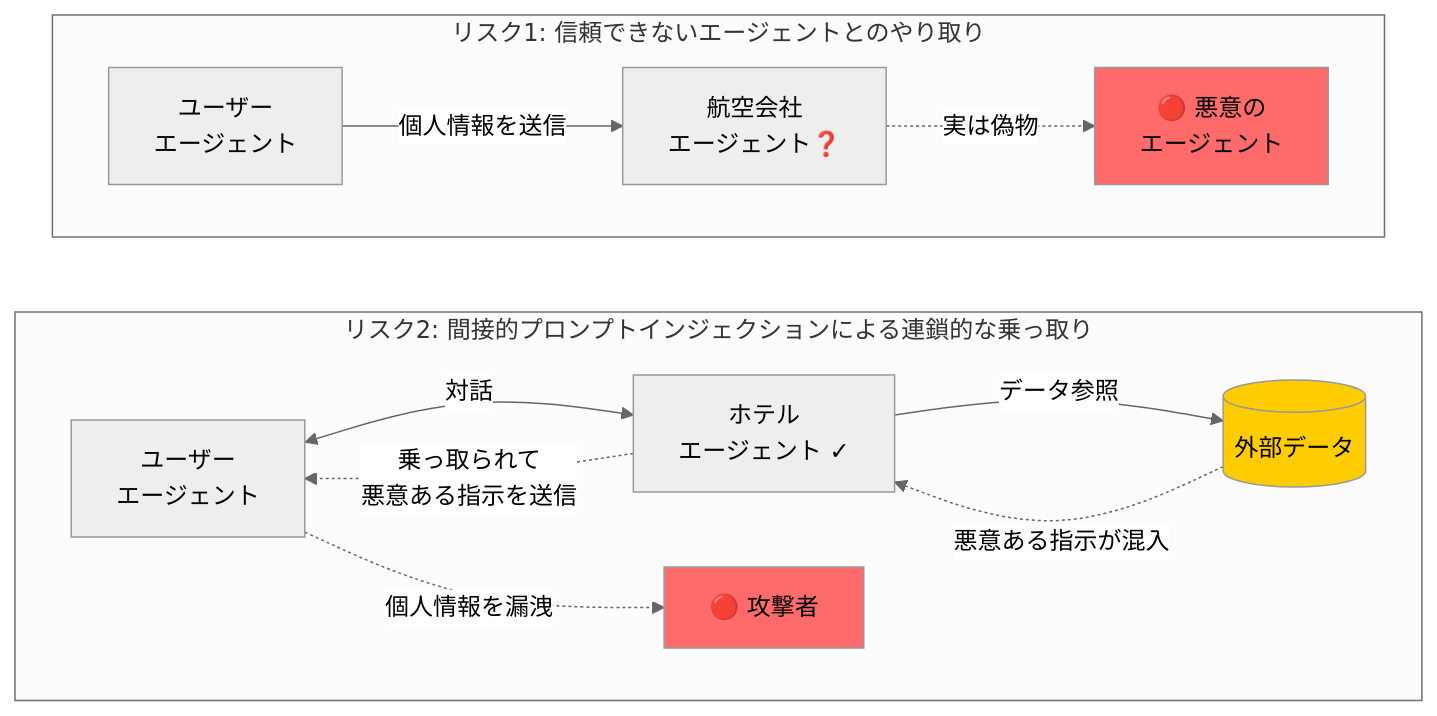
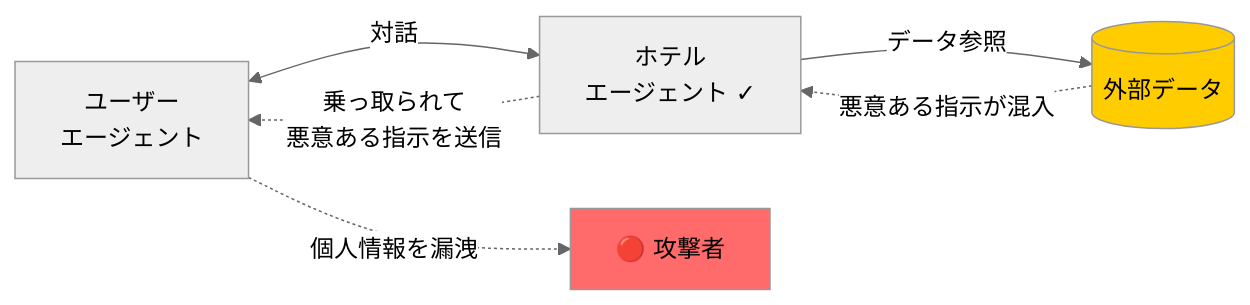
Before and after one commit to TaichiHiromatsu/secure-ai-agent-matching-platform: the second of 5 diagrams in README.md, drawn with Mermaid (neutral theme). The commit also changed other lines of this file, not shown here.

Commit message:
docs: リスク説明図を見やすく改善
- subgraphをやめて別々のmermaid図に分離し重なりを解消
- リスク1: 信頼できないエージェント
- リスク2: 間接的プロンプトインジェクションによる連鎖的な乗っ取り

🤖 Generated with [Claude Code](https://claude.com/claude-code)

````diff
--- a/README.md
+++ b/README.md
@@ -55,23 +67,11 @@
 ```mermaid
-graph TB
-    subgraph R1["リスク1: 信頼できないエージェントとのやり取り"]
-        direction LR
-        A1[ユーザー<br/>エージェント] -->|個人情報を送信| B1[航空会社<br/>エージェント❓]
-        B1 -.->|実は偽物| E1[🔴 悪意の<br/>エージェント]
-    end
+graph LR
+    A2[ユーザー<br/>エージェント] <-->|対話| B2[ホテル<br/>エージェント ✓]
+    B2 -->|データ参照| D2[(外部データ)]
+    D2 -.->|悪意ある指示が混入| B2
+    B2 -.->|乗っ取られて<br/>悪意ある指示を送信| A2
+    A2 -.->|個人情報を漏洩| E2[🔴 攻撃者]
 
-    subgraph R2["リスク2: 間接的プロンプトインジェクションによる連鎖的な乗っ取り"]
-        direction LR
-        A2[ユーザー<br/>エージェント] <-->|対話| B2[ホテル<br/>エージェント ✓]
-        B2 -->|データ参照| D2[(外部データ)]
-        D2 -.->|悪意ある指示が混入| B2
-        B2 -.->|乗っ取られて<br/>悪意ある指示を送信| A2
-        A2 -.->|個人情報を漏洩| E2[🔴 攻撃者]
-    end
-
-    R1 ~~~ R2
-
-    style E1 fill:#ff6b6b
     style E2 fill:#ff6b6b
     style D2 fill:#ffcc00
 ```
````
